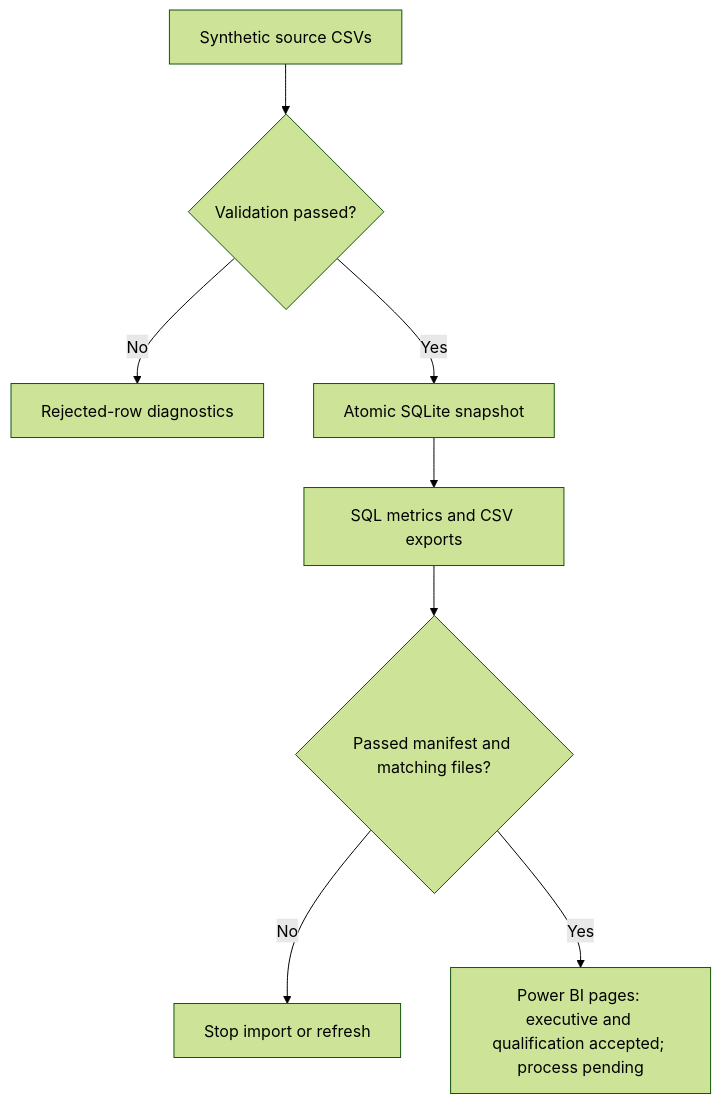
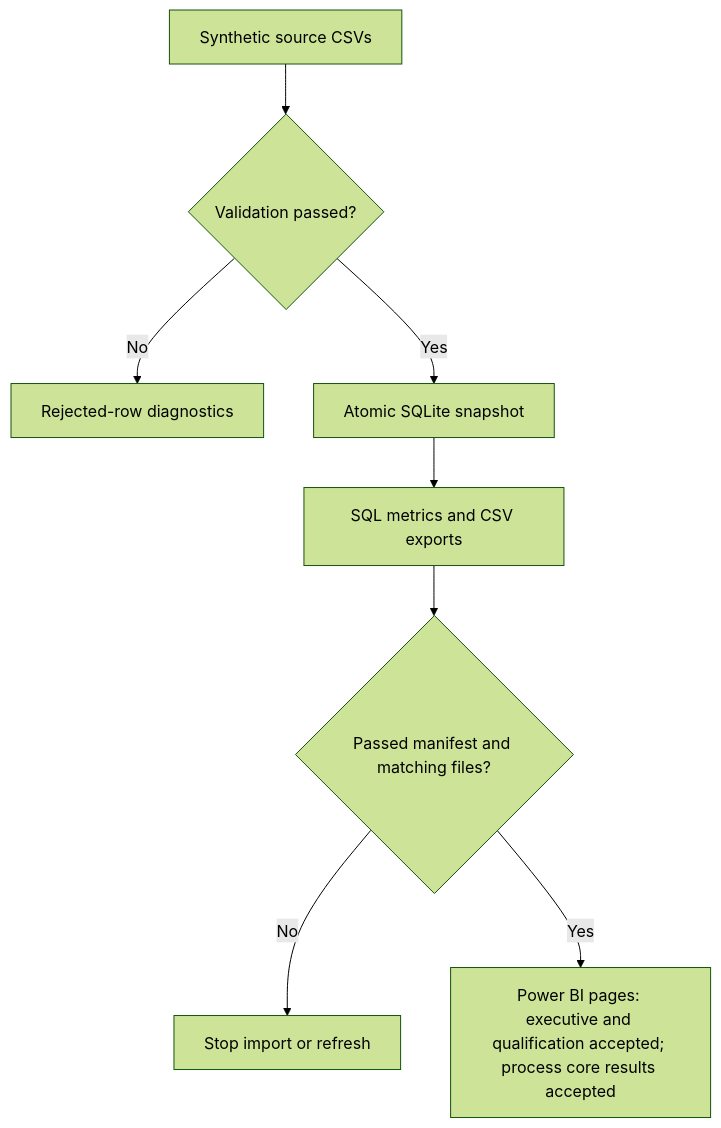
The diagram in README.md (Tros112/operational-readiness-intelligence), drawn with Mermaid (forest theme) before and after one commit. The commit also changed other lines of this file and 13 other files, not shown here.

````diff
--- a/README.md
+++ b/README.md
@@ -66,10 +66,10 @@
 ```mermaid
 flowchart TD
     A["Synthetic source CSVs"] --> B{"Validation passed?"}
     B -->|No| C["Rejected-row diagnostics"]
     B -->|Yes| D["Atomic SQLite snapshot"]
     D --> E["SQL metrics and CSV exports"]
     E --> F{"Passed manifest and matching files?"}
     F -->|No| G["Stop import or refresh"]
-    F -->|Yes| H["Power BI pages: executive and qualification accepted; process pending"]
+    F -->|Yes| H["Power BI pages: executive and qualification accepted; process core results accepted"]
 ```
````
